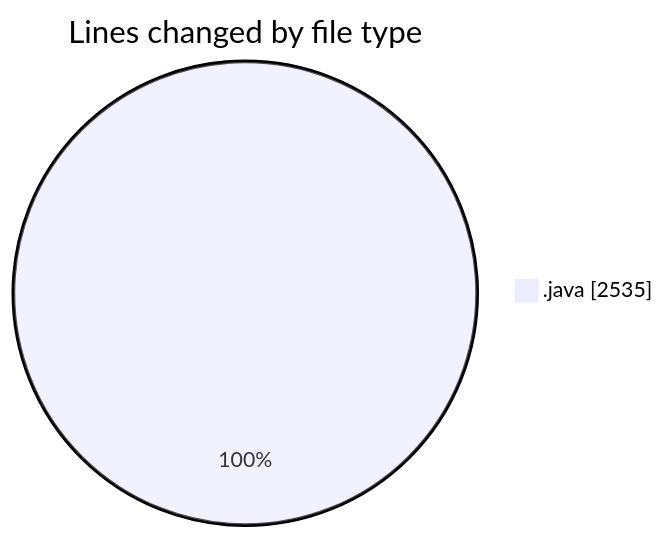
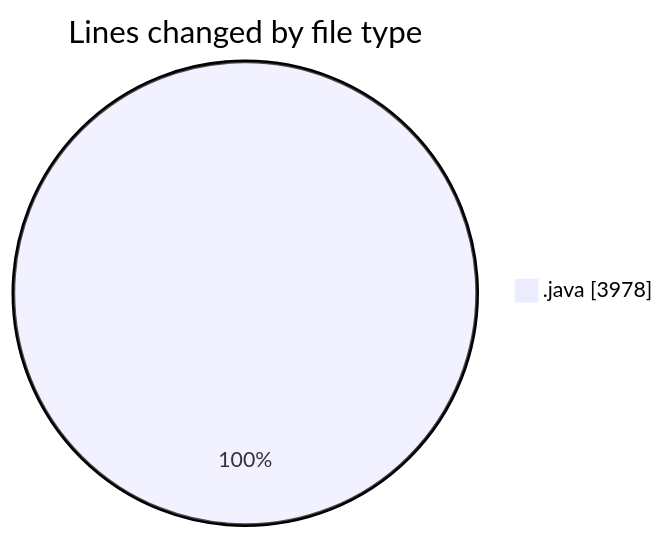
One commit to ricardozamudiocil/code-tracking changed the first of 2 diagrams in 2026-03-23/cilapp/README.md. Above: the diagram before and after it, drawn with Mermaid. The commit also changed other lines of this file and 1 other file, not shown here.

````diff
--- a/2026-03-23/cilapp/README.md
+++ b/2026-03-23/cilapp/README.md
@@ -24,5 +24,5 @@
 ```mermaid
 pie showData
 title Lines changed by file type
-".java" : 2535
+".java" : 3978
 ```
````
